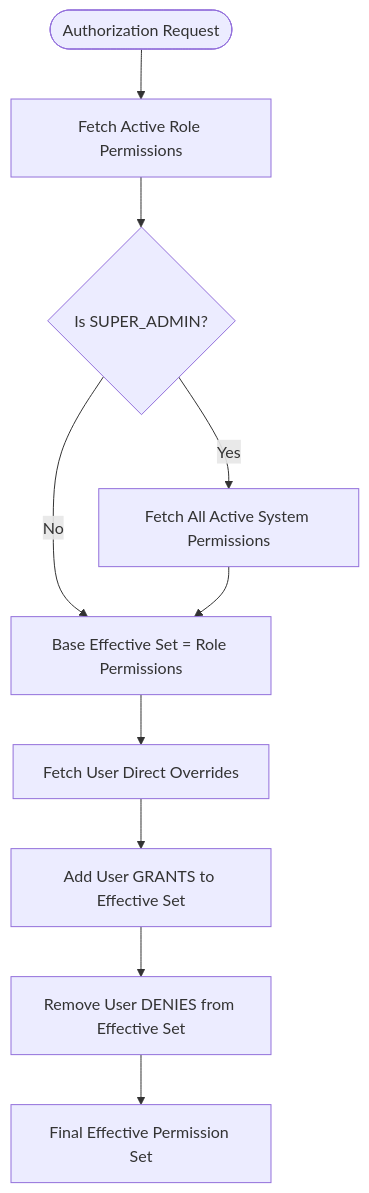
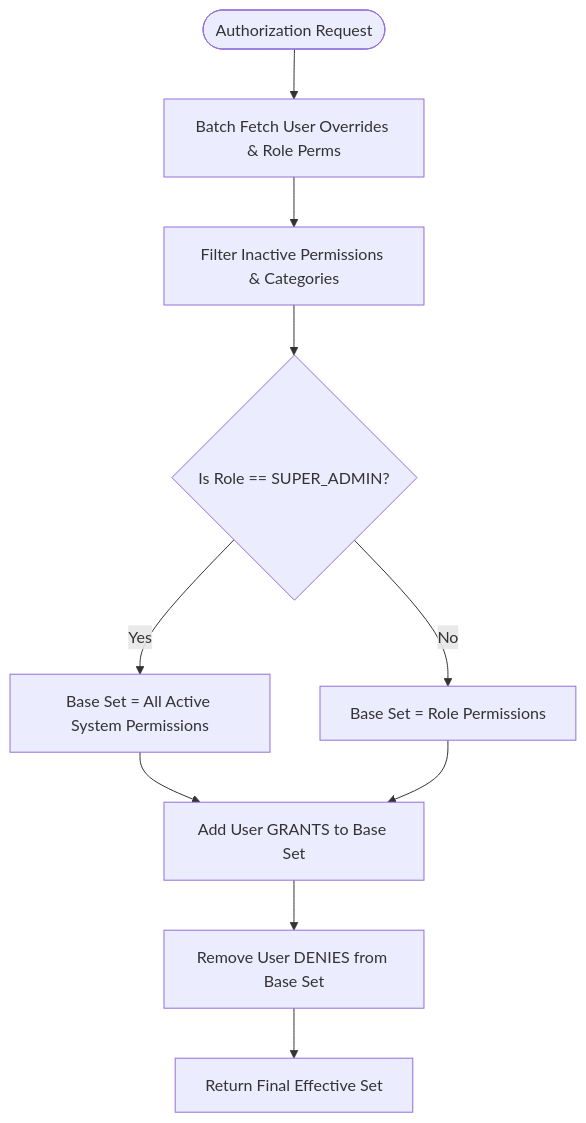
One commit to Anandupy/smartERP changed the second of 3 diagrams in backend/docs/core/authorization.md. Above: the diagram before and after it, drawn with Mermaid. The commit also changed other lines of this file, not shown here.

Commit message:
docs(authz): document authorization engine architecture

````diff
--- a/backend/docs/core/authorization.md
+++ b/backend/docs/core/authorization.md
@@ -40,12 +51,12 @@
 ```mermaid
 flowchart TD
-    Start([Authorization Request]) --> RoleFetch[Fetch Active Role Permissions]
-    RoleFetch --> IsSuper{Is SUPER_ADMIN?}
-    IsSuper -- Yes --> AllPerms[Fetch All Active System Permissions]
-    IsSuper -- No --> RolePerms[Base Effective Set = Role Permissions]
-    AllPerms --> RolePerms
-    RolePerms --> UserFetch[Fetch User Direct Overrides]
-    UserFetch --> AddGrants[Add User GRANTS to Effective Set]
-    AddGrants --> RemoveDenies[Remove User DENIES from Effective Set]
-    RemoveDenies --> FinalSet[Final Effective Permission Set]
+    Start([Authorization Request]) --> QueryDB[Batch Fetch User Overrides & Role Perms]
+    QueryDB --> FilterInactive[Filter Inactive Permissions & Categories]
+    FilterInactive --> CheckRole{Is Role == SUPER_ADMIN?}
+    CheckRole -- Yes --> AllActive[Base Set = All Active System Permissions]
+    CheckRole -- No --> RolePerms[Base Set = Role Permissions]
+    AllActive --> ApplyGrants[Add User GRANTS to Base Set]
+    RolePerms --> ApplyGrants
+    ApplyGrants --> ApplyDenies[Remove User DENIES from Base Set]
+    ApplyDenies --> ImmutableSet[Return Final Effective Set]
 ```
````
